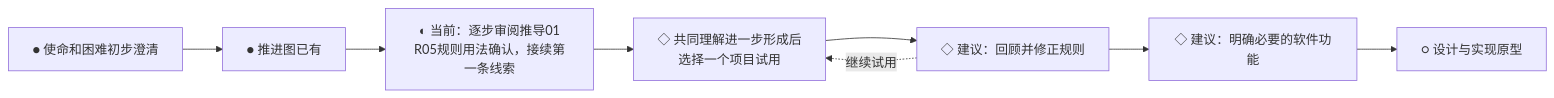
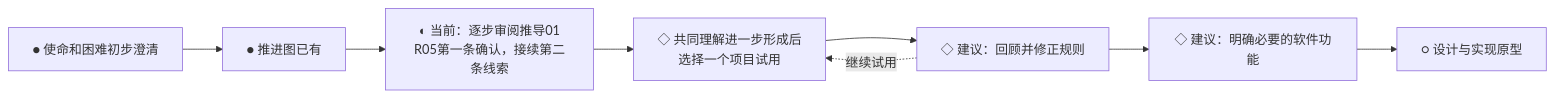
One commit to fangjiaqi2023-jpg/life-flywheel changed the second of 2 diagrams in 项目/人生飞轮/项目推进图.md. Above: the diagram before and after it, drawn with Mermaid. The commit also changed other lines of this file, not shown here.

````diff
--- a/项目/人生飞轮/项目推进图.md
+++ b/项目/人生飞轮/项目推进图.md
@@ -38,10 +38,10 @@
 ```mermaid
 flowchart LR
     P0[● 使命和困难初步澄清] --> P1[● 推进图已有]
-    P1 --> P2[◐ 当前：逐步审阅推导01<br/>R05规则用法确认，接续第一条线索]
+    P1 --> P2[◐ 当前：逐步审阅推导01<br/>R05第一条确认，接续第二条线索]
     P2 --> P3[◇ 共同理解进一步形成后<br/>选择一个项目试用]
     P3 --> P4[◇ 建议：回顾并修正规则]
     P4 --> P5[◇ 建议：明确必要的软件功能]
     P5 --> P6[○ 设计与实现原型]
     P4 -.继续试用.-> P3
 ```
````
